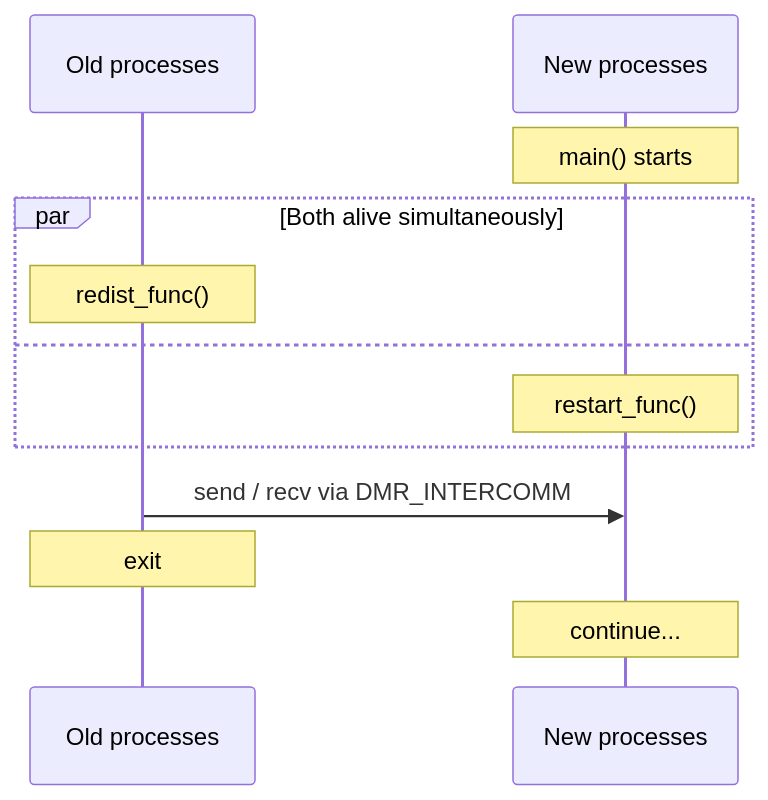
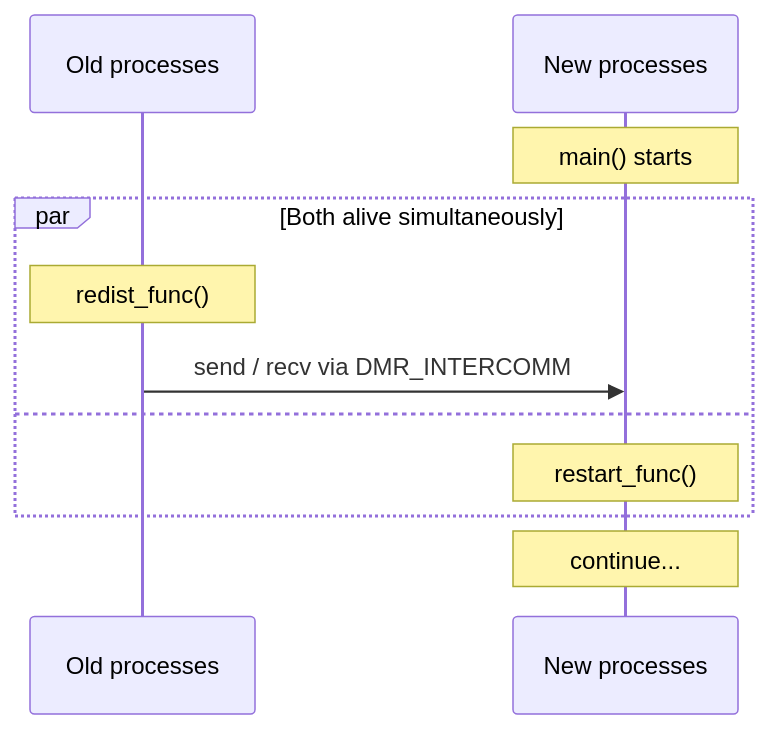
One commit to iarejula-bsc/dmr_doc changed the second of 2 diagrams in docs/user-guide/data-redistribution.md. Above: the diagram before and after it, drawn with Mermaid. The commit also changed other lines of this file, not shown here.

Commit message:
show old processes dying with mermaid destroy marker

````diff
--- a/docs/user-guide/data-redistribution.md
+++ b/docs/user-guide/data-redistribution.md
@@ -36,14 +36,14 @@
 ```mermaid
 sequenceDiagram
     participant Old as Old processes
     participant New as New processes
     Note over New: main() starts
     par Both alive simultaneously
         Note over Old: redist_func()
+        Old->>New: send / recv via DMR_INTERCOMM
     and
         Note over New: restart_func()
     end
-    Old->>New: send / recv via DMR_INTERCOMM
-    Note over Old: exit
+    destroy Old
     Note over New: continue...
 ```
````
